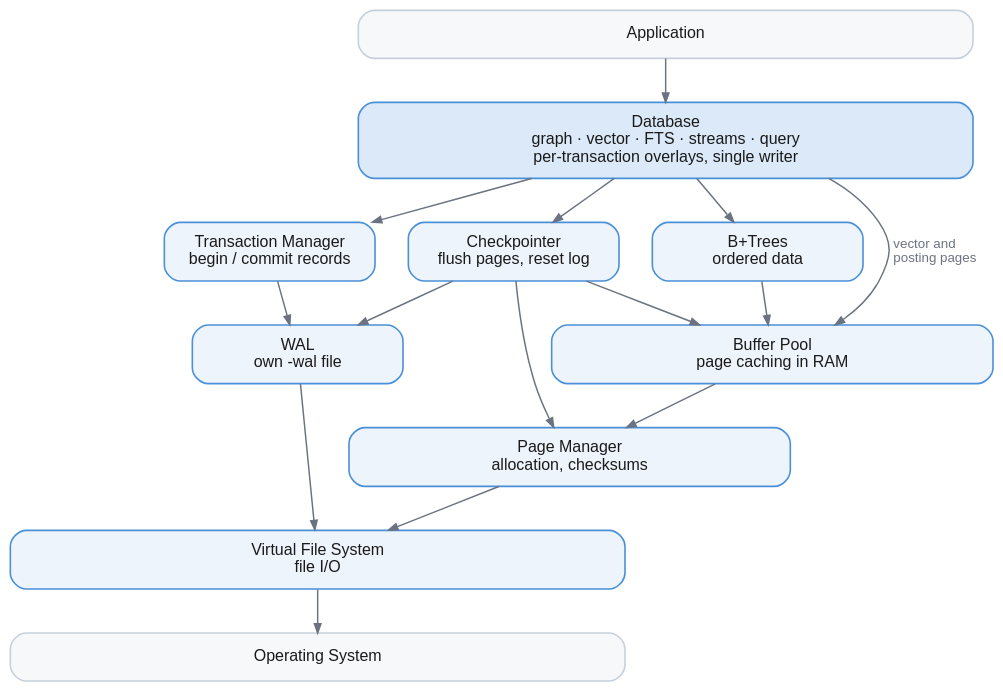
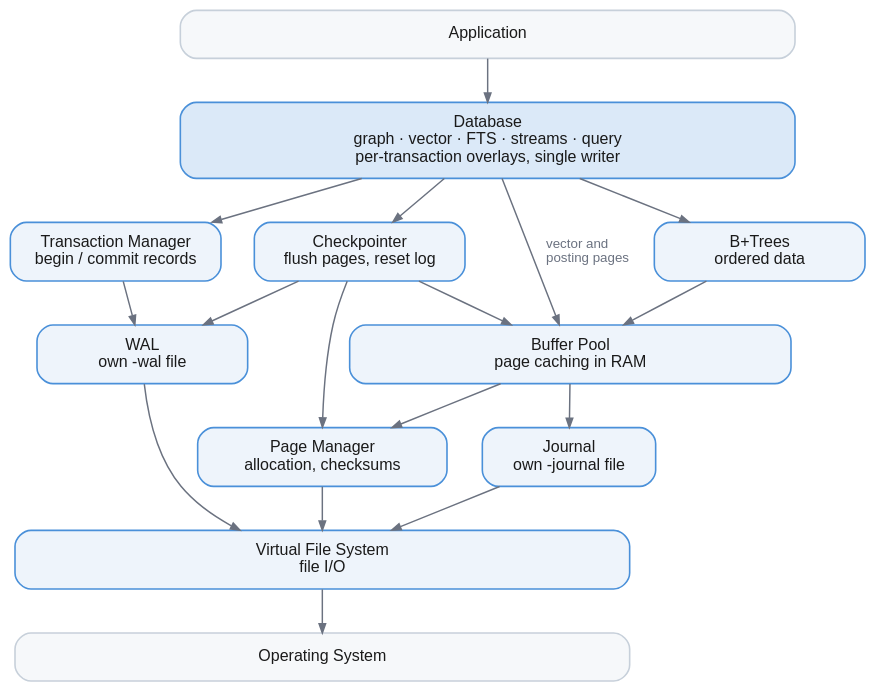
Before and after one commit to jeffhajewski/latticedb: the diagram in book/diagrams/engine-stack.dot, drawn with Graphviz. The commit also changed 2 other files, not shown here.

Commit message:
Show the flush journal in the engine stack, and stop saying deletes rebuild pages
Every flush of the buffer pool is now copied to <database>-journal before
the pages are written in place, so the stack diagram gains a journal beside
the page manager. Leaf deletes now remove the entry inside the page, so the
two page-access diagrams no longer list deletes among the operations that
rebuild a page from a temporary entry list.

```diff
--- a/book/diagrams/engine-stack.dot
+++ b/book/diagrams/engine-stack.dot
@@ -1,46 +1,52 @@
 // The layered engine. The Database orchestrates; the transaction manager only
 // writes log records, and the log writes its own file outside the buffer pool.
+// Every flush of the pool is copied to the journal before the pages are
+// written in place, so the database file moves from one whole image to the next.
 digraph engine_stack {
   bgcolor="transparent"
   rankdir=TB
   nodesep=0.35
   ranksep=0.45
   fontname="Helvetica,Arial,sans-serif"
   node [shape=box style="filled,rounded" fillcolor="#eef4fb" color="#4a90d9"
         penwidth=1.2 fontname="Helvetica,Arial,sans-serif" fontsize=12
         fontcolor="#1a1a1a" margin="0.24,0.13" width=2.2]
   edge [color="#6b7280" penwidth=1.1 arrowsize=0.7]
 
   app  [label="Application" fillcolor="#f6f8fa" color="#c7d0da" width=6.4]
   db   [label="Database\ngraph · vector · FTS · streams · query\nper-transaction overlays, single writer"
         fillcolor="#dbe9f8" width=6.4]
 
   btree [label="B+Trees\nordered data"]
   txn   [label="Transaction Manager\nbegin / commit records"]
   ckpt  [label="Checkpointer\nflush pages, reset log"]
 
   wal  [label="WAL\nown -wal file"]
   pool [label="Buffer Pool\npage caching in RAM" width=4.6]
-  pgm  [label="Page Manager\nallocation, checksums" width=4.6]
+  pgm  [label="Page Manager\nallocation, checksums" width=2.6]
+  jnl  [label="Journal\nown -journal file" width=1.8]
   vfs  [label="Virtual File System\nfile I/O" width=6.4]
   os   [label="Operating System" fillcolor="#f6f8fa" color="#c7d0da" width=6.4]
 
   app -> db
   db -> btree
   db -> txn
   db -> ckpt
   db -> pool [label="  vector and\l  posting pages\l" fontname="Helvetica,Arial,sans-serif"
               fontsize=10 fontcolor="#6b7280"]
   txn -> wal
   btree -> pool
   ckpt -> pool
   ckpt -> pgm
   ckpt -> wal
   pool -> pgm
+  pool -> jnl
   pgm  -> vfs
   wal  -> vfs
+  jnl  -> vfs
   vfs  -> os
 
   { rank=same; btree; txn; ckpt }
   { rank=same; pool; wal }
+  { rank=same; pgm; jnl }
 }
```
